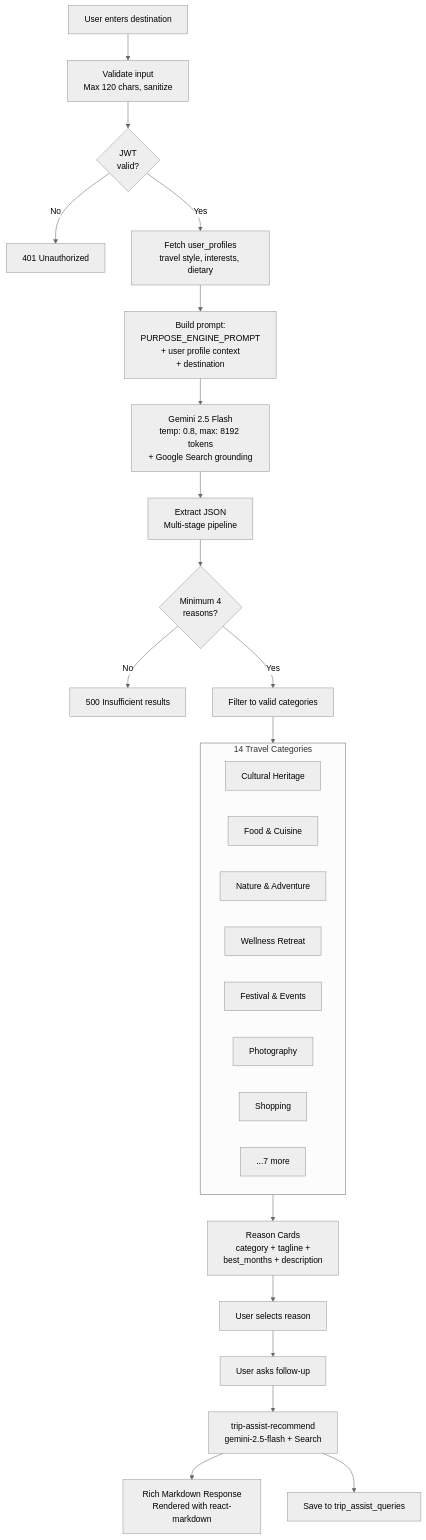
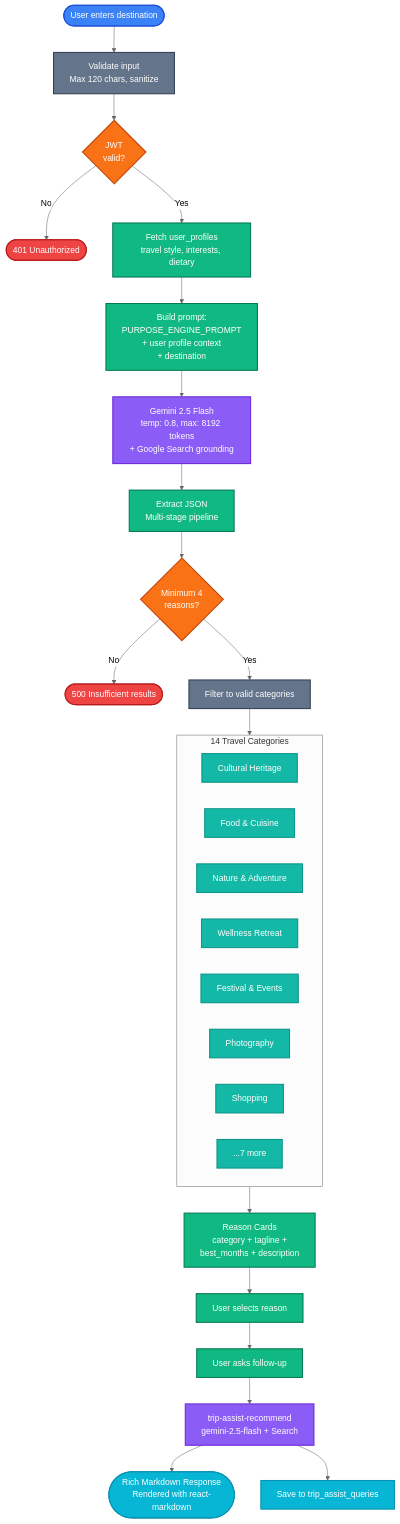
One commit to Adamya-Varshney/Xcurson-AI-Travel-Planner changed the ninth of 9 diagrams in README.md. Above: the diagram before and after it, drawn with Mermaid (neutral theme). The commit also changed other lines of this file, not shown here.

First line of the commit message:
Style README diagrams with bright color-coded theme

````diff
--- a/README.md
+++ b/README.md
@@ -642,38 +705,57 @@
 ```mermaid
 flowchart TD
-    USER["User enters destination"] --> VALIDATE["Validate input\nMax 120 chars, sanitize"]
+    USER(["User enters destination"]) --> VALIDATE["Validate input\nMax 120 chars, sanitize"]
     VALIDATE --> AUTH_CHECK{"JWT\nvalid?"}
-    AUTH_CHECK -->|"No"| ERR401["401 Unauthorized"]
+    AUTH_CHECK -->|"No"| ERR401(["401 Unauthorized"])
     AUTH_CHECK -->|"Yes"| PROFILE["Fetch user_profiles\ntravel style, interests, dietary"]
 
     PROFILE --> BUILD["Build prompt:\nPURPOSE_ENGINE_PROMPT\n+ user profile context\n+ destination"]
 
     BUILD --> GEMINI["Gemini 2.5 Flash\ntemp: 0.8, max: 8192 tokens\n+ Google Search grounding"]
 
     GEMINI --> PARSE["Extract JSON\nMulti-stage pipeline"]
 
     PARSE --> FILTER{"Minimum 4\nreasons?"}
-    FILTER -->|"No"| ERR500["500 Insufficient results"]
+    FILTER -->|"No"| ERR500(["500 Insufficient results"])
     FILTER -->|"Yes"| VALIDATE_CAT["Filter to valid categories"]
 
     subgraph CATEGORIES["14 Travel Categories"]
         direction LR
         C1["Cultural Heritage"]
         C2["Food & Cuisine"]
         C3["Nature & Adventure"]
         C4["Wellness Retreat"]
         C5["Festival & Events"]
         C6["Photography"]
         C7["Shopping"]
         C8["...7 more"]
     end
 
     VALIDATE_CAT --> CATEGORIES
     CATEGORIES --> CARDS["Reason Cards\ncategory + tagline +\nbest_months + description"]
 
     CARDS --> SELECT["User selects reason"]
     SELECT --> QUESTION["User asks follow-up"]
     QUESTION --> RECOMMEND["trip-assist-recommend\ngemini-2.5-flash + Search"]
-    RECOMMEND --> MARKDOWN["Rich Markdown Response\nRendered with react-markdown"]
+    RECOMMEND --> MARKDOWN(["Rich Markdown Response\nRendered with react-markdown"])
     RECOMMEND --> SAVE["Save to trip_assist_queries"]
+
+    classDef user fill:#3B82F6,stroke:#1D4ED8,color:#FFFFFF,stroke-width:2px
+    classDef validate fill:#64748B,stroke:#334155,color:#FFFFFF,stroke-width:2px
+    classDef decision fill:#F97316,stroke:#C2410C,color:#FFFFFF,stroke-width:2px
+    classDef error fill:#EF4444,stroke:#B91C1C,color:#FFFFFF,stroke-width:2px
+    classDef ai fill:#8B5CF6,stroke:#6D28D9,color:#FFFFFF,stroke-width:2px
+    classDef category fill:#14B8A6,stroke:#0D9488,color:#FFFFFF,stroke-width:2px
+    classDef action fill:#10B981,stroke:#047857,color:#FFFFFF,stroke-width:2px
+    classDef output fill:#06B6D4,stroke:#0891B2,color:#FFFFFF,stroke-width:2px
+
+    class USER user
+    class VALIDATE,VALIDATE_CAT validate
+    class AUTH_CHECK,FILTER decision
+    class ERR401,ERR500 error
+    class PROFILE,BUILD,PARSE action
+    class GEMINI,RECOMMEND ai
+    class C1,C2,C3,C4,C5,C6,C7,C8 category
+    class CARDS,SELECT,QUESTION action
+    class MARKDOWN,SAVE output
 ```
````
